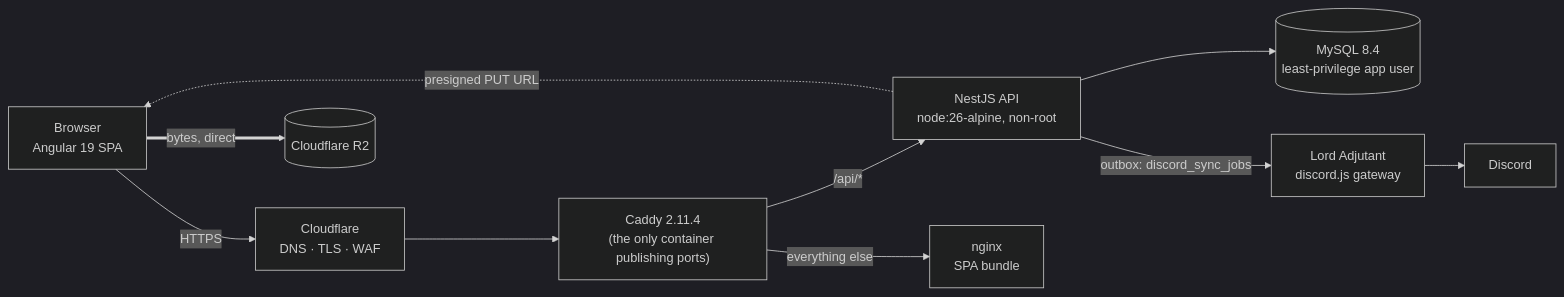
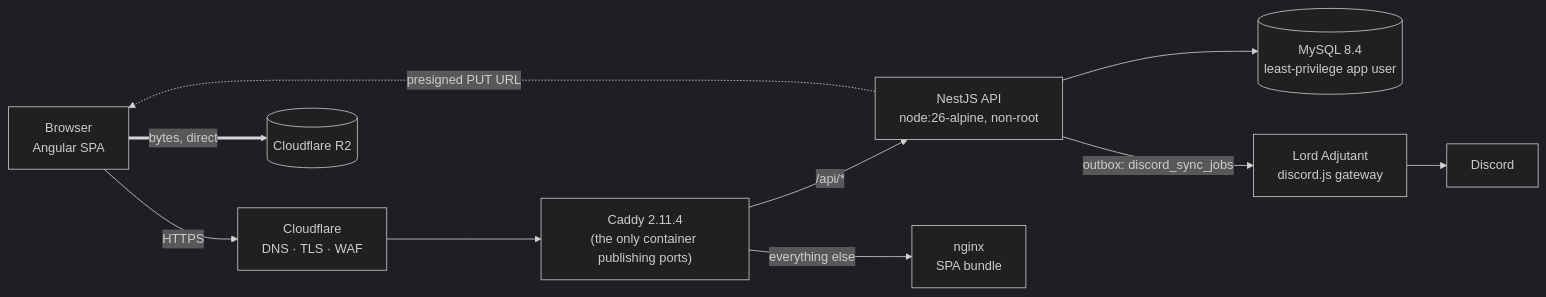
One commit to Amitoj02/lords-dashboard-backend changed the diagram in README.md. Above: the diagram before and after it, drawn with Mermaid (dark theme). The commit also changed other lines of this file, not shown here.

Commit message:
docs(readme): stop pinning the companion repo's Angular version
The README named "Angular 19" in two places — the companion-repo table and the
architecture diagram. That version lives in the other repository and is moving
to 22 on its own branch, so naming it here guarantees drift in whichever
direction merges first. Dropping the number costs the reader nothing: the
frontend's own README carries a badge that reads the version out of its
package.json.

Claude-Session: https://claude.ai/code/session_01LtsnijjyzZ7nfXnCxNixvp

````diff
--- a/README.md
+++ b/README.md
@@ -56,12 +56,12 @@
 ```mermaid
 flowchart LR
-  B["Browser<br/>Angular 19 SPA"] -->|HTTPS| CF["Cloudflare<br/>DNS · TLS · WAF"]
+  B["Browser<br/>Angular SPA"] -->|HTTPS| CF["Cloudflare<br/>DNS · TLS · WAF"]
   CF --> CAD["Caddy 2.11.4<br/>(the only container publishing ports)"]
   CAD -->|"/api/*"| API["NestJS API<br/>node:26-alpine, non-root"]
   CAD -->|"everything else"| WEB["nginx<br/>SPA bundle"]
   API --> DB[("MySQL 8.4<br/>least-privilege app user")]
   API -->|"outbox: discord_sync_jobs"| BOT["Lord Adjutant<br/>discord.js gateway"]
   BOT --> DIS["Discord"]
   API -.->|"presigned PUT URL"| B
   B ==>|"bytes, direct"| R2[("Cloudflare R2")]
 ```
````
